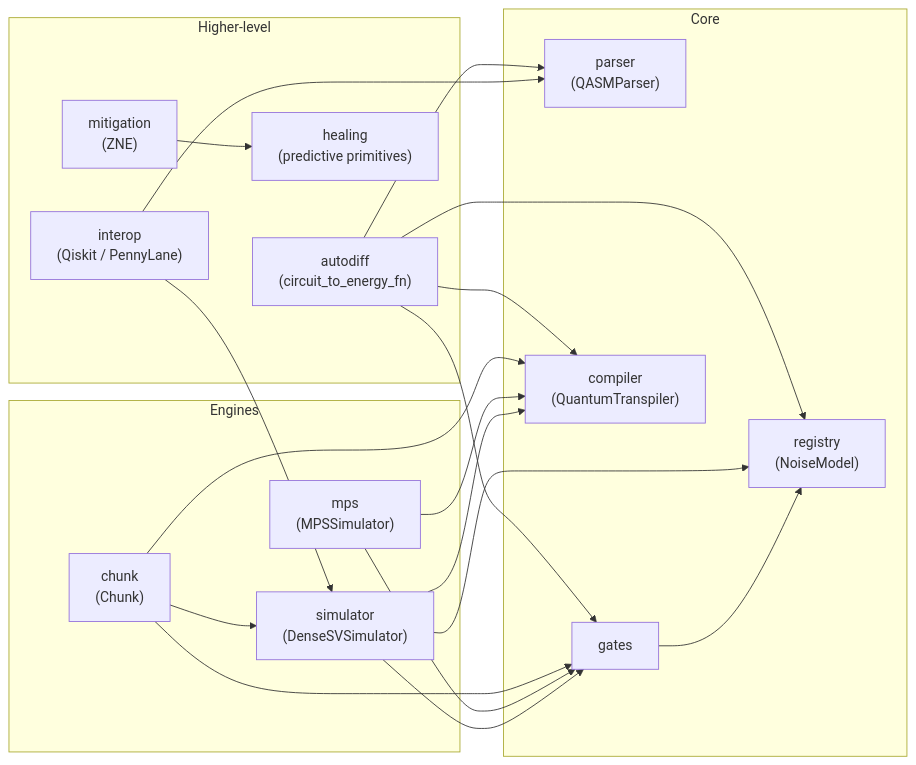
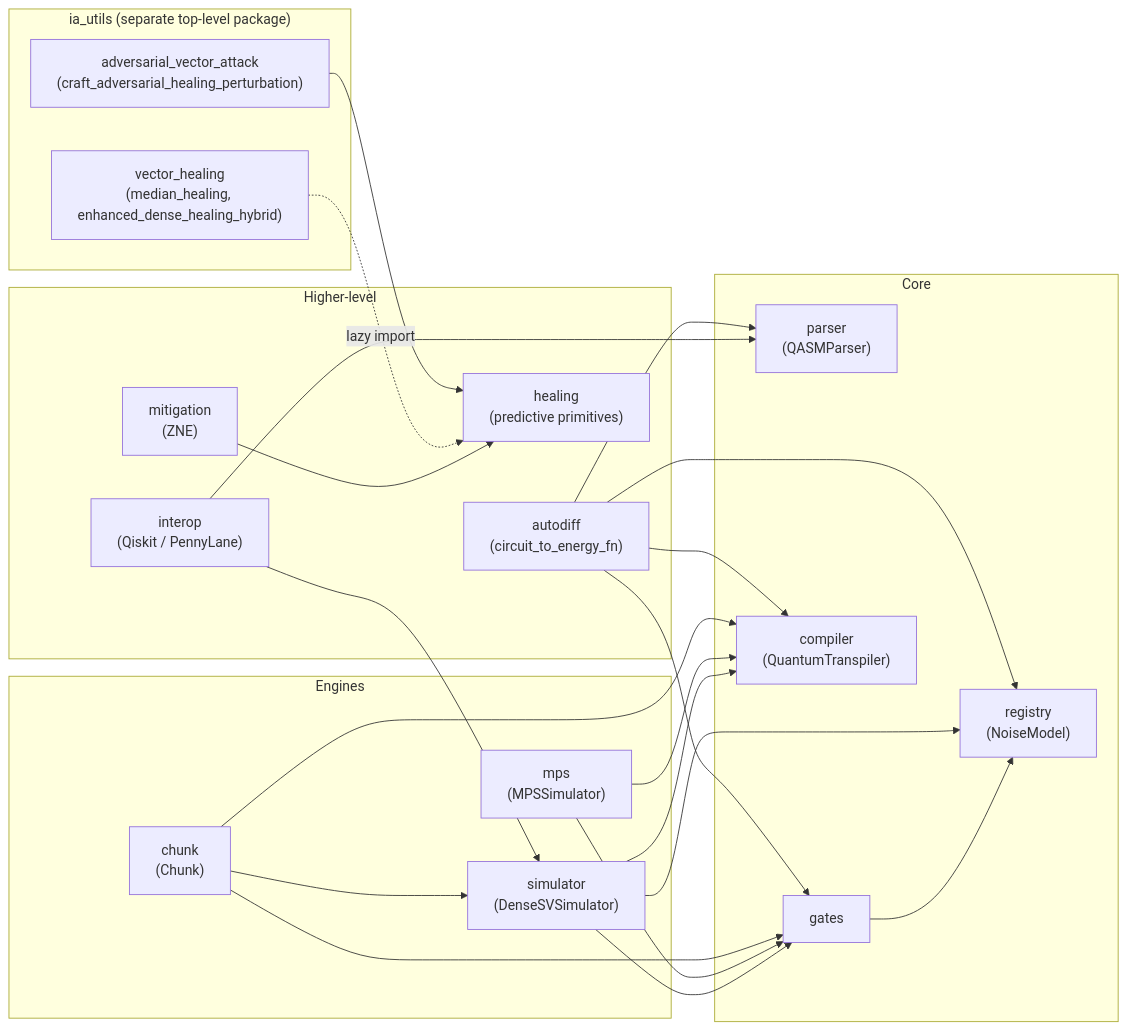
One commit to tatopenn-cell/Dense-Evolution changed the diagram in docs/index.md. Above: the diagram before and after it, drawn with Mermaid. The commit also changed other lines of this file, not shown here.

Commit message:
Update docs homepage: add ia_utils to the module list and dependency diagram (#41)
Both were missing -- the "What's in here" list and the module-
dependency Mermaid diagram (traced from real import statements) never
mentioned ia_utils.vector_healing or ia_utils.adversarial_vector_attack,
even after both got their own API pages. Traced the real imports before
adding edges: vector_healing lazily imports dense_evolution.healing
inside a function (guarded, dashed edge in the diagram);
adversarial_vector_attack imports it unconditionally at module level
(solid edge) -- not assumed identical, checked separately.

````diff
--- a/docs/index.md
+++ b/docs/index.md
@@ -59,39 +65,46 @@
 ```mermaid
 flowchart LR
     subgraph core["Core"]
         parser["parser<br/>(QASMParser)"]
         gates["gates"]
         registry["registry<br/>(NoiseModel)"]
         compiler["compiler<br/>(QuantumTranspiler)"]
     end
 
     subgraph engines["Engines"]
         simulator["simulator<br/>(DenseSVSimulator)"]
         mps["mps<br/>(MPSSimulator)"]
         chunk["chunk<br/>(Chunk)"]
     end
 
     subgraph higher["Higher-level"]
         interop["interop<br/>(Qiskit / PennyLane)"]
         autodiff["autodiff<br/>(circuit_to_energy_fn)"]
         healing["healing<br/>(predictive primitives)"]
         mitigation["mitigation<br/>(ZNE)"]
     end
 
+    subgraph iautils["ia_utils (separate top-level package)"]
+        vhealing["vector_healing<br/>(median_healing, enhanced_dense_healing_hybrid)"]
+        advattack["adversarial_vector_attack<br/>(craft_adversarial_healing_perturbation)"]
+    end
+
     gates --> registry
     simulator --> registry
     simulator --> gates
     simulator --> compiler
     mps --> compiler
     mps --> gates
     chunk --> simulator
     chunk --> compiler
     chunk --> gates
     interop --> parser
     interop --> simulator
     autodiff --> parser
     autodiff --> gates
     autodiff --> compiler
     autodiff --> registry
     mitigation --> healing
+    vhealing -.->|lazy import| healing
+    advattack --> healing
 ```
````
